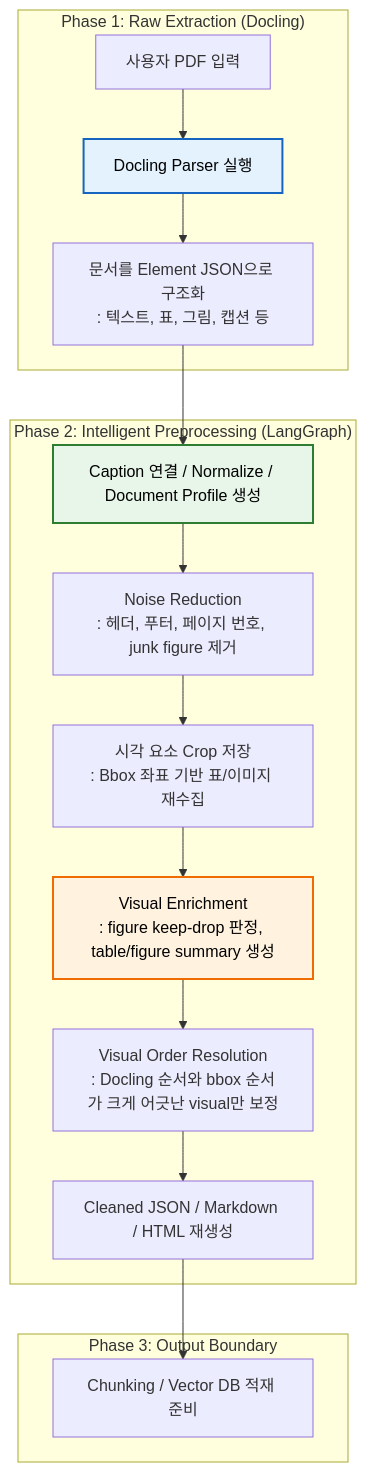
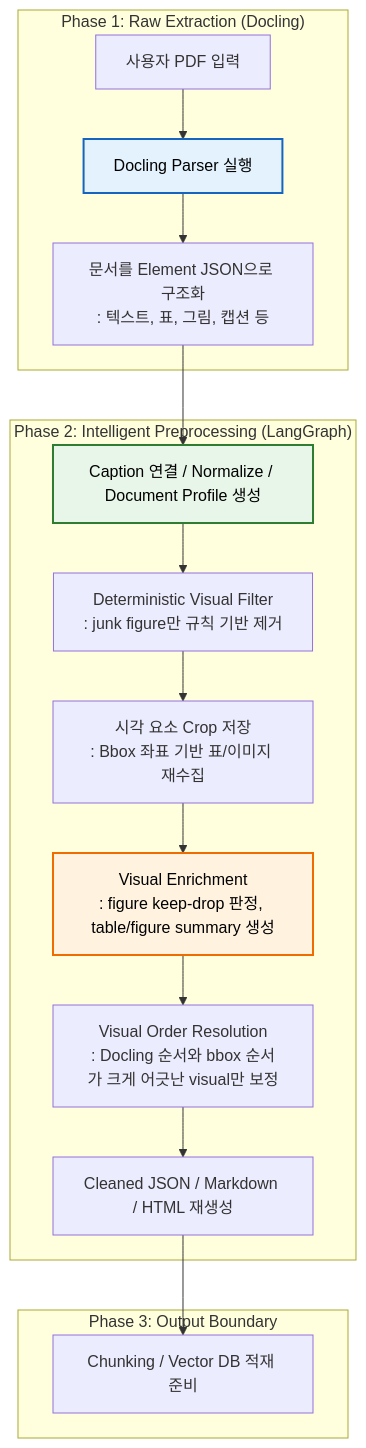
One commit to sonsukwoo/doc-chat-rag changed the diagram in README.md. Above: the diagram before and after it, drawn with Mermaid. The commit also changed other lines of this file and 7 other files, not shown here.

````diff
--- a/README.md
+++ b/README.md
@@ -43,24 +54,24 @@
 ```mermaid
 flowchart TD
     subgraph "Phase 1: Raw Extraction (Docling)"
         A[사용자 PDF 입력] --> B[Docling Parser 실행]
         B --> C[문서를 Element JSON으로 구조화\n: 텍스트, 표, 그림, 캡션 등]
     end
 
     subgraph "Phase 2: Intelligent Preprocessing (LangGraph)"
         C --> D[Caption 연결 / Normalize / Document Profile 생성]
-        D --> E[Noise Reduction\n: 헤더, 푸터, 페이지 번호, junk figure 제거]
+        D --> E[Deterministic Visual Filter\n: junk figure만 규칙 기반 제거]
         E --> F[시각 요소 Crop 저장\n: Bbox 좌표 기반 표/이미지 재수집]
         F --> G[Visual Enrichment\n: figure keep-drop 판정, table/figure summary 생성]
         G --> H[Visual Order Resolution\n: Docling 순서와 bbox 순서가 크게 어긋난 visual만 보정]
         H --> I[Cleaned JSON / Markdown / HTML 재생성]
     end
 
     subgraph "Phase 3: Output Boundary"
         I --> J[Chunking / Vector DB 적재 준비]
     end
 
     style B fill:#e3f2fd,stroke:#1565c0,stroke-width:2px,color:#000
     style D fill:#e8f5e9,stroke:#2e7d32,stroke-width:2px,color:#000
     style G fill:#fff3e0,stroke:#ef6c00,stroke-width:2px,color:#000
 ```
````
